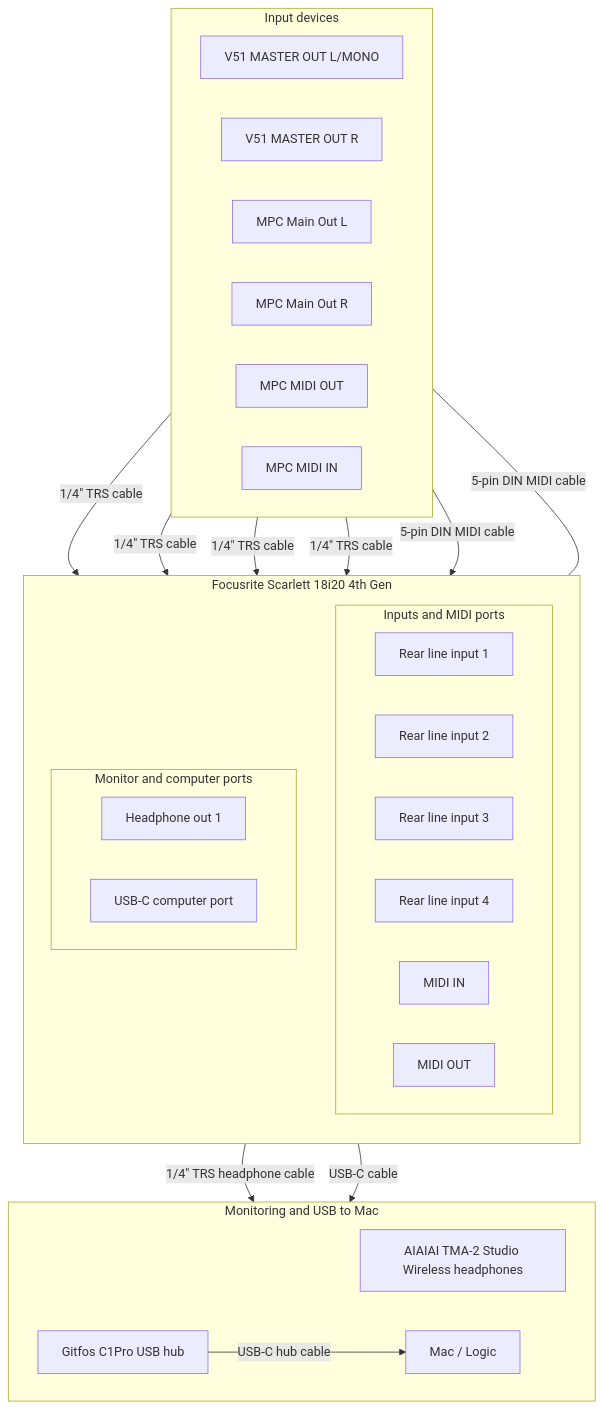
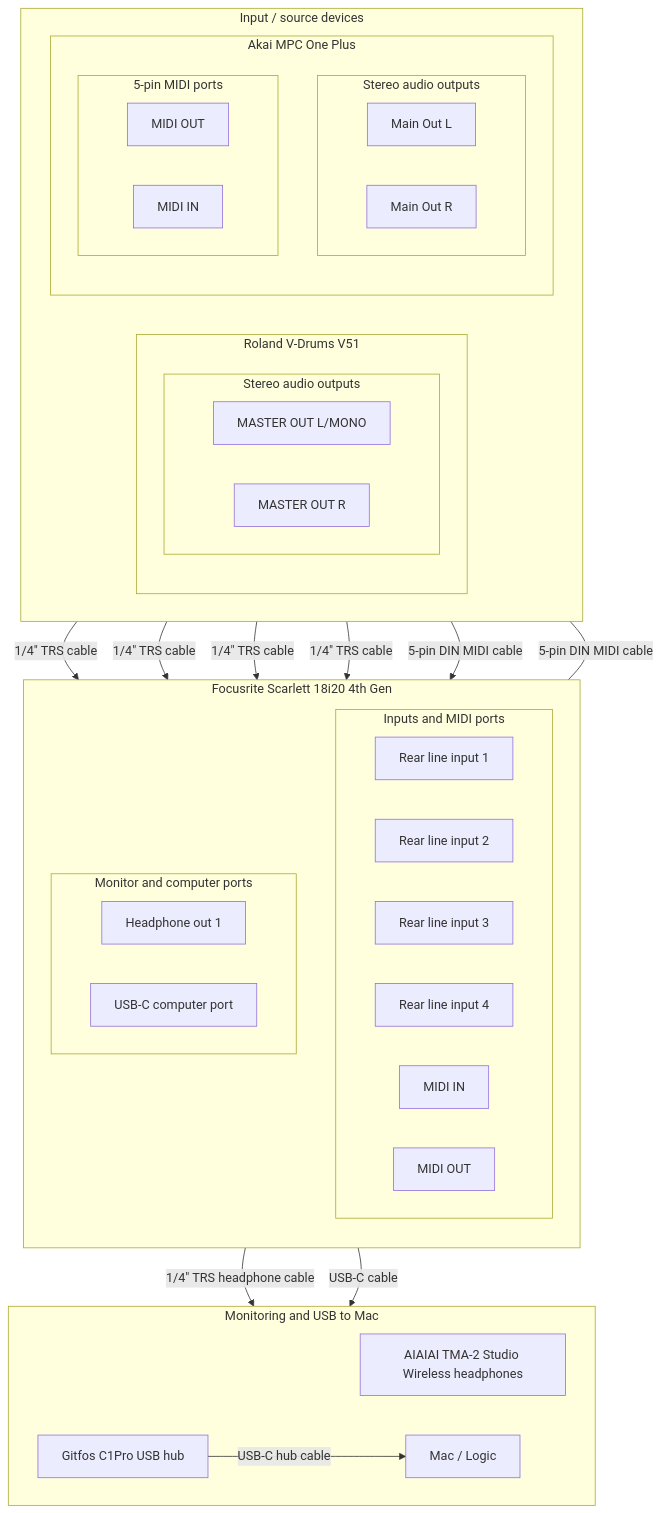
Before and after one commit to thewoolleyman/music-studio: the diagram in AGENTS.md, drawn with Mermaid. The commit also changed other lines of this file, not shown here.

Commit message:
Document Obsidian diagram layout rules

````diff
--- a/AGENTS.md
+++ b/AGENTS.md
@@ -83,48 +87,65 @@
 ```mermaid
 flowchart TB
-    subgraph Inputs["Input devices"]
+    subgraph Sources["Input / source devices"]
         direction LR
-        V51OutL["V51 MASTER OUT L/MONO"]
-        V51OutR["V51 MASTER OUT R"]
-        MPCL["MPC Main Out L"]
-        MPCR["MPC Main Out R"]
-        MPCMidiOut["MPC MIDI OUT"]
-        MPCMidiIn["MPC MIDI IN"]
+
+        subgraph V51["Roland V-Drums V51"]
+            direction TB
+            subgraph V51Stereo["Stereo audio outputs"]
+                direction LR
+                V51OutL["MASTER OUT L/MONO"]
+                V51OutR["MASTER OUT R"]
+            end
+        end
+
+        subgraph MPC["Akai MPC One Plus"]
+            direction TB
+            subgraph MPCStereo["Stereo audio outputs"]
+                direction LR
+                MPCL["Main Out L"]
+                MPCR["Main Out R"]
+            end
+            subgraph MPCMidi["5-pin MIDI ports"]
+                direction LR
+                MPCMidiOut["MIDI OUT"]
+                MPCMidiIn["MIDI IN"]
+            end
+        end
     end
 
     subgraph Scarlett["Focusrite Scarlett 18i20 4th Gen"]
         direction TB
         subgraph ScarlettInputs["Inputs and MIDI ports"]
             direction LR
             ScarlettIn1["Rear line input 1"]
             ScarlettIn2["Rear line input 2"]
             ScarlettIn3["Rear line input 3"]
             ScarlettIn4["Rear line input 4"]
             ScarlettMidiIn["MIDI IN"]
             ScarlettMidiOut["MIDI OUT"]
         end
 
         subgraph ScarlettOutputs["Monitor and computer ports"]
             direction LR
             ScarlettHP1["Headphone out 1"]
             ScarlettUSB["USB-C computer port"]
         end
     end
 
     subgraph Outputs["Monitoring and USB to Mac"]
         direction LR
         Headphones["AIAIAI TMA-2 Studio Wireless headphones"]
         Hub["Gitfos C1Pro USB hub"]
         Logic["Mac / Logic"]
     end
 
     V51OutL -->|1/4&quot; TRS cable| ScarlettIn1
     V51OutR -->|1/4&quot; TRS cable| ScarlettIn2
     MPCL -->|1/4&quot; TRS cable| ScarlettIn3
     MPCR -->|1/4&quot; TRS cable| ScarlettIn4
     MPCMidiOut -->|5-pin DIN MIDI cable| ScarlettMidiIn
     MPCMidiIn ---|5-pin DIN MIDI cable| ScarlettMidiOut
     ScarlettHP1 -->|1/4&quot; TRS headphone cable| Headphones
     ScarlettUSB -->|USB-C cable| Hub
     Hub -->|USB-C hub cable| Logic
 ```
````
